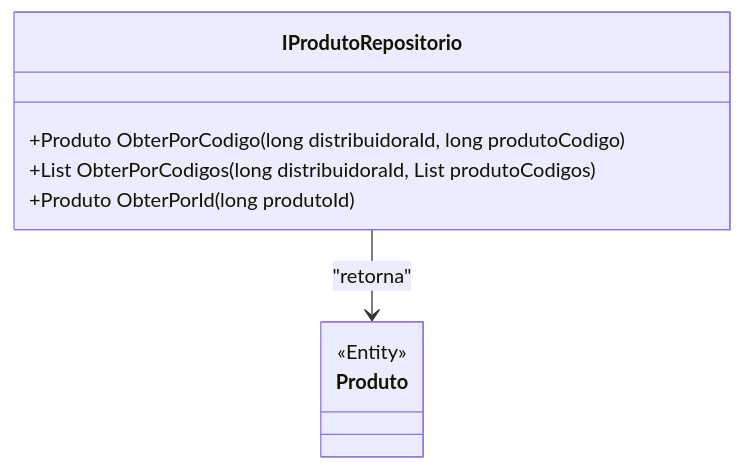
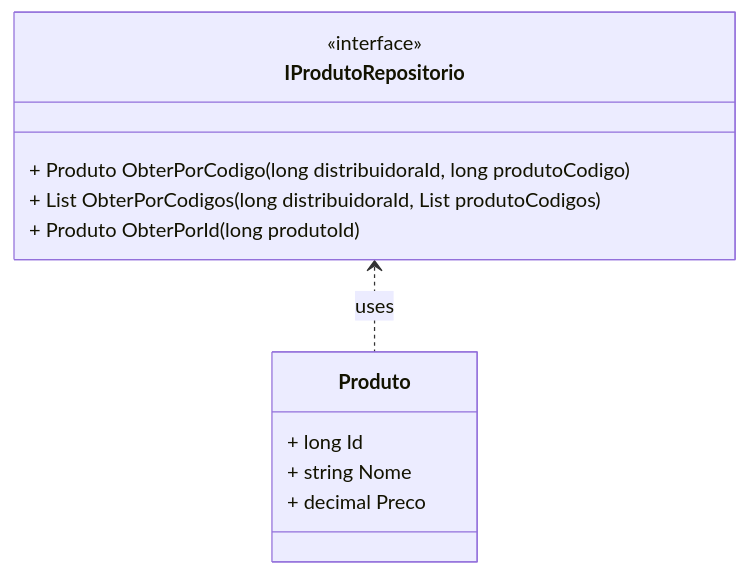
The diagram in docs/b2b-dominio/IsthmusWinthor.Nucleo/IsthmusWinthor.Dominio/Interfaces/IProdutoRepositorio.md (IsthmusSistemas/documentacao-tecnica), drawn with Mermaid before and after one commit. The commit also changed other lines of this file and 882 other files, not shown here.

````diff
--- a/docs/b2b-dominio/IsthmusWinthor.Nucleo/IsthmusWinthor.Dominio/Interfaces/IProdutoRepositorio.md
+++ b/docs/b2b-dominio/IsthmusWinthor.Nucleo/IsthmusWinthor.Dominio/Interfaces/IProdutoRepositorio.md
@@ -43,13 +40,17 @@
 ```mermaid
 classDiagram
     class IProdutoRepositorio {
-        +Produto ObterPorCodigo(long distribuidoraId, long produtoCodigo)
-        +List<Produto> ObterPorCodigos(long distribuidoraId, List<long> produtoCodigos)
-        +Produto ObterPorId(long produtoId)
-    }
-    class Produto {
-        <<Entity>>
+        <<interface>>
+        + Produto ObterPorCodigo(long distribuidoraId, long produtoCodigo)
+        + List<Produto> ObterPorCodigos(long distribuidoraId, List<long> produtoCodigos)
+        + Produto ObterPorId(long produtoId)
     }
 
-    IProdutoRepositorio --> Produto : "retorna"
-``` 
+    class Produto {
+        + long Id
+        + string Nome
+        + decimal Preco
+    }
+
+    IProdutoRepositorio <.. Produto : uses
+```
````
